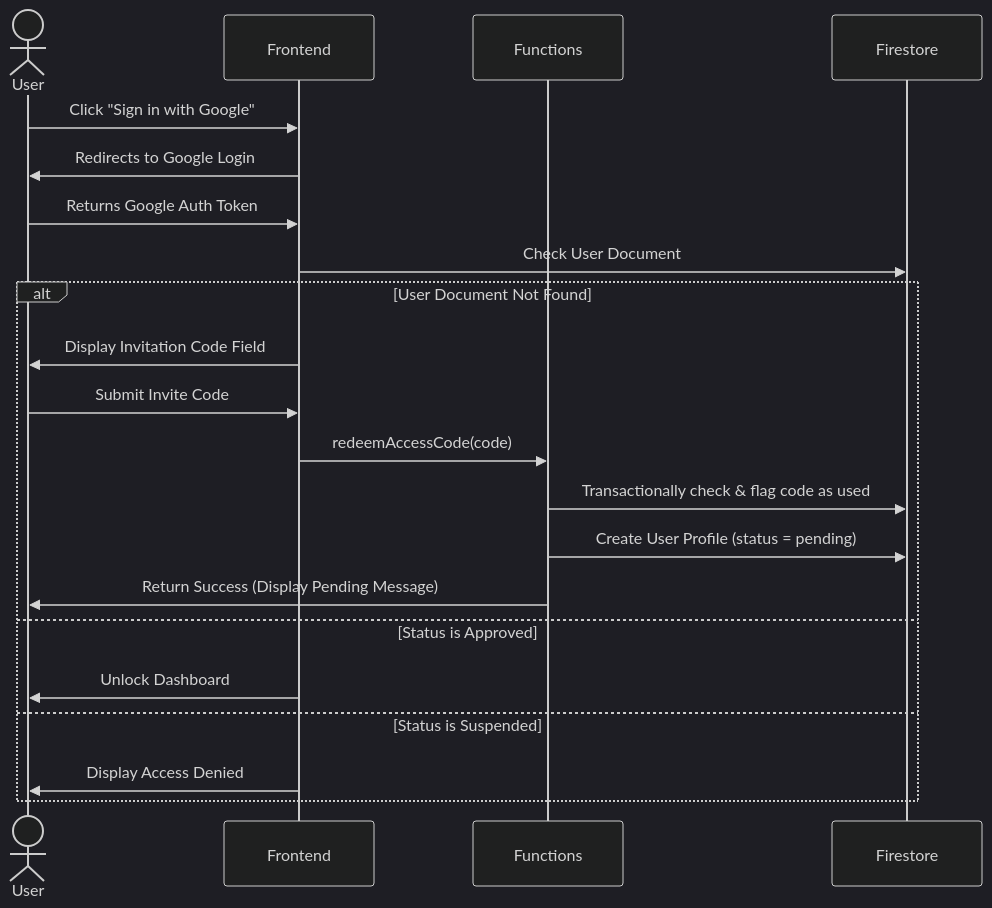
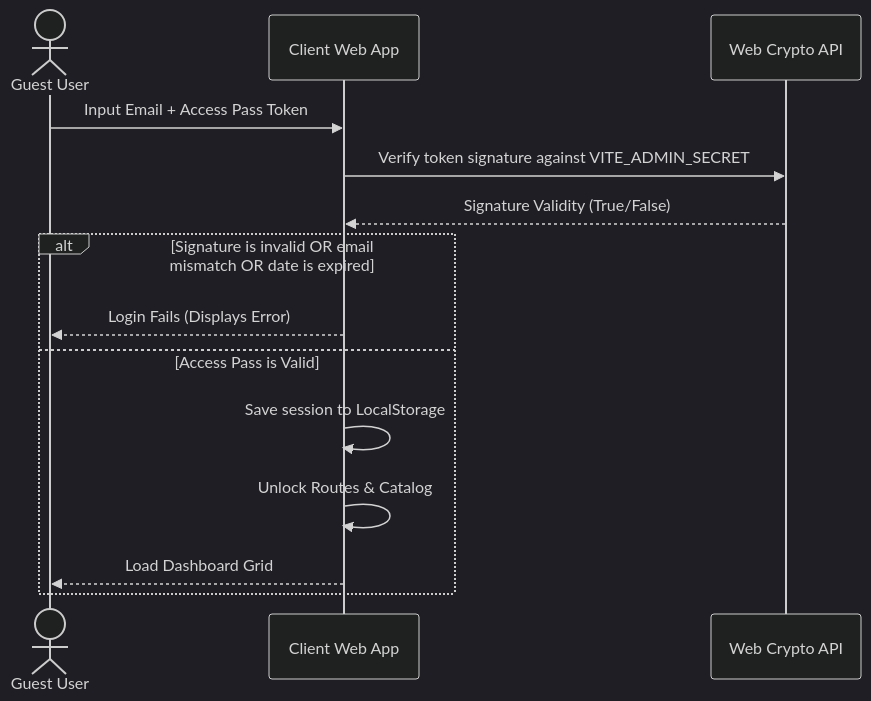
Before and after one commit to rjmad1/RajaJeevanCustomGPTS: the diagram in docs/security_architecture.md, drawn with Mermaid (dark theme). The commit also changed other lines of this file and 9 other files, not shown here.

Commit message:
Synchronize all documentation manuals and add root-level README.md to match the modernized stateless React SPA HMAC access pass architecture

````diff
--- a/docs/security_architecture.md
+++ b/docs/security_architecture.md
@@ -16,24 +11,17 @@
 ```mermaid
 sequenceDiagram
-  actor User
-  participant Frontend
-  participant Functions
-  participant DB as Firestore
+  actor User as Guest User
+  participant App as Client Web App
+  participant Crypto as Web Crypto API
   
-  User->>Frontend: Click "Sign in with Google"
-  Frontend->>User: Redirects to Google Login
-  User->>Frontend: Returns Google Auth Token
-  Frontend->>DB: Check User Document
-  alt User Document Not Found
-    Frontend->>User: Display Invitation Code Field
-    User->>Frontend: Submit Invite Code
-    Frontend->>Functions: redeemAccessCode(code)
-    Functions->>DB: Transactionally check & flag code as used
-    Functions->>DB: Create User Profile (status = pending)
-    Functions->>User: Return Success (Display Pending Message)
-  else Status is Approved
-    Frontend->>User: Unlock Dashboard
-  else Status is Suspended
-    Frontend->>User: Display Access Denied
+  User->>App: Input Email + Access Pass Token
+  App->>Crypto: Verify token signature against VITE_ADMIN_SECRET
+  Crypto-->>App: Signature Validity (True/False)
+  alt Signature is invalid OR email mismatch OR date is expired
+    App-->>User: Login Fails (Displays Error)
+  else Access Pass is Valid
+    App->>App: Save session to LocalStorage
+    App->>App: Unlock Routes & Catalog
+    App-->>User: Load Dashboard Grid
   end
 ```
````
